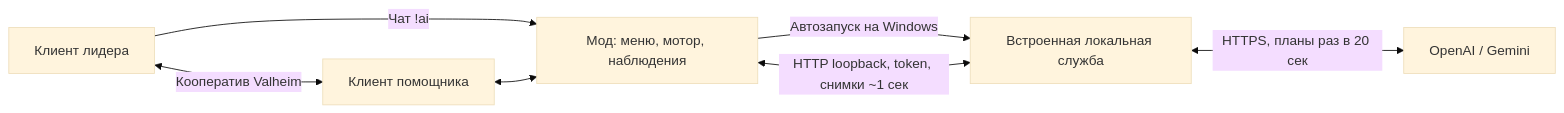
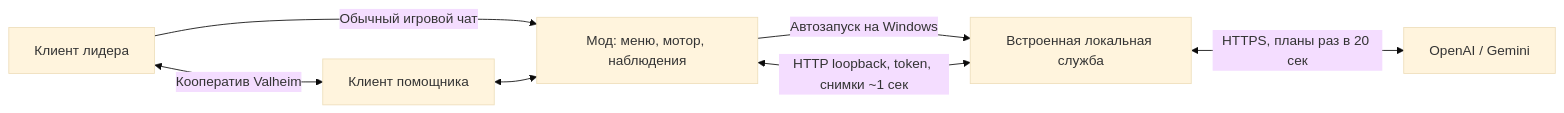
One commit to S1mpleton/ValheimAIHelper changed the diagram in docs/architecture.md. Above: the diagram before and after it, drawn with Mermaid (base theme). The commit also changed other lines of this file and 30 other files, not shown here.

````diff
--- a/docs/architecture.md
+++ b/docs/architecture.md
@@ -3,9 +3,9 @@
 ```mermaid
 flowchart LR
     Human[Клиент лидера] <-->|Кооператив Valheim| Bot[Клиент помощника]
-    Human -->|Чат !ai| Mod[Мод: меню, мотор, наблюдения]
+    Human -->|Обычный игровой чат| Mod[Мод: меню, мотор, наблюдения]
     Bot <--> Mod
     Mod -->|Автозапуск на Windows| Bridge[Встроенная локальная служба]
     Mod <-->|HTTP loopback, token, снимки ~1 сек| Bridge
     Bridge <-->|HTTPS, планы раз в 20 сек| Provider[OpenAI / Gemini]
 ```
````
